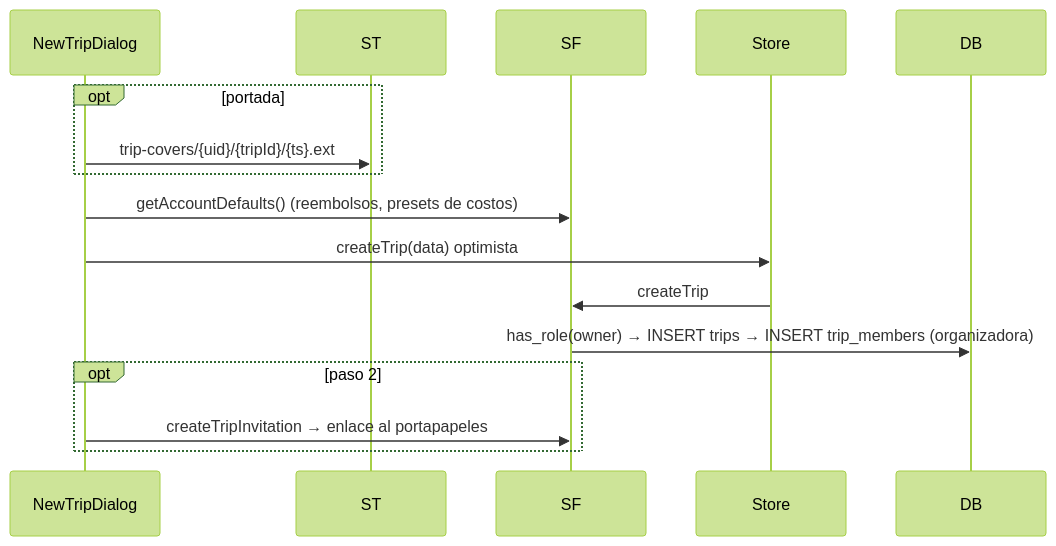
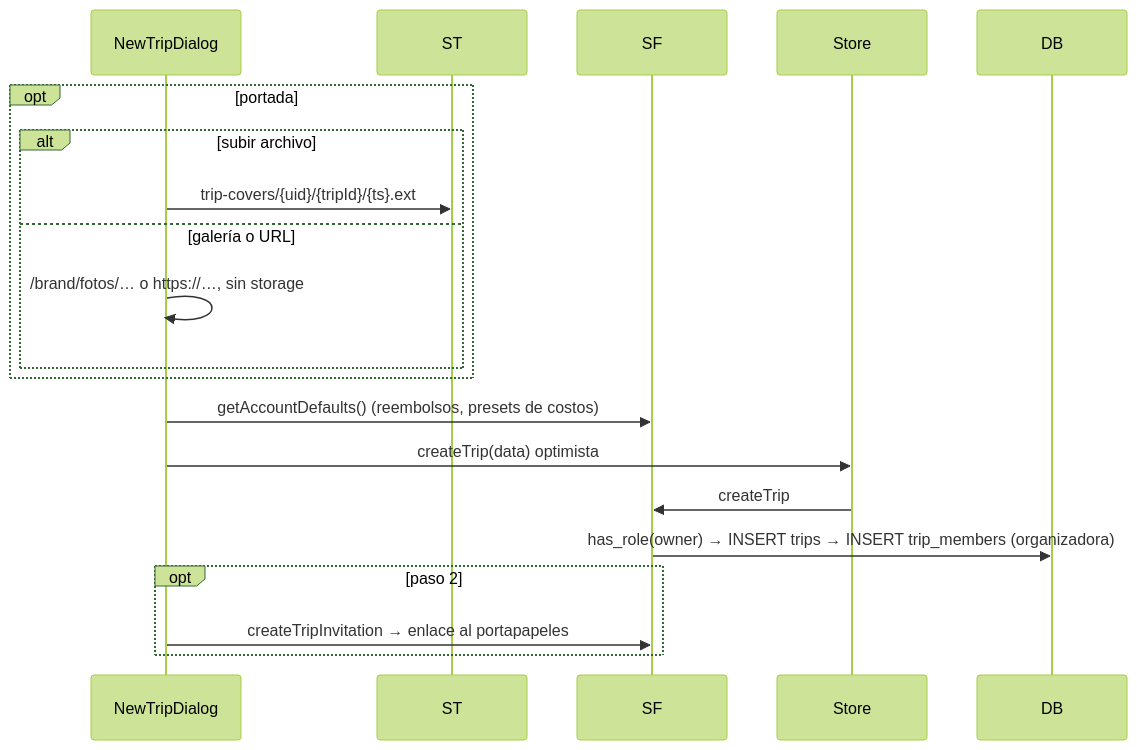
The sixth of 20 diagrams in docs/flujos.md (gaby26203/planeii), drawn with Mermaid (forest theme) before and after one commit. The commit also changed other lines of this file and 25 other files, not shown here.

````diff
--- a/docs/flujos.md
+++ b/docs/flujos.md
@@ -179,18 +179,22 @@
 ```mermaid
 sequenceDiagram
   participant UI as NewTripDialog
   participant ST
   participant SF
   participant S as Store
   participant DB
   opt portada
-    UI->>ST: trip-covers/{uid}/{tripId}/{ts}.ext
+    alt subir archivo
+      UI->>ST: trip-covers/{uid}/{tripId}/{ts}.ext
+    else galería o URL
+      UI->>UI: /brand/fotos/… o https://…, sin storage
+    end
   end
   UI->>SF: getAccountDefaults() (reembolsos, presets de costos)
   UI->>S: createTrip(data) optimista
   S->>SF: createTrip
   SF->>DB: has_role(owner) → INSERT trips → INSERT trip_members (organizadora)
   opt paso 2
     UI->>SF: createTripInvitation → enlace al portapapeles
   end
 ```
````
